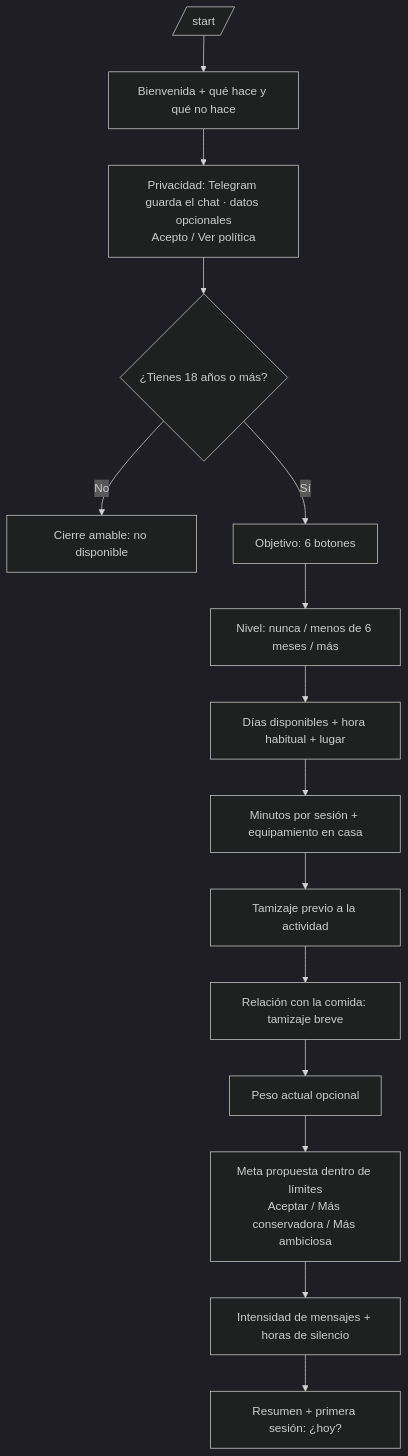
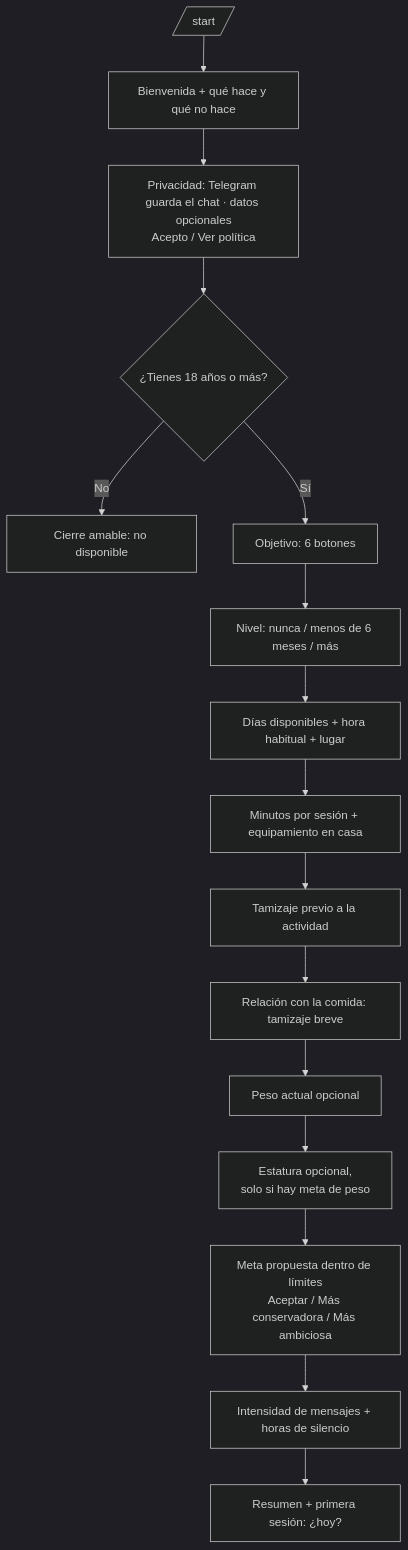
The first of 4 diagrams in vault/wiki/experiencia/flujos-de-usuario.md (juan-davidvp/WhatsAppGymBro), drawn with Mermaid (dark theme) before and after one commit. The commit also changed other lines of this file and 39 other files, not shown here.

````diff
--- a/vault/wiki/experiencia/flujos-de-usuario.md
+++ b/vault/wiki/experiencia/flujos-de-usuario.md
@@ -43,17 +43,18 @@
 ```mermaid
 flowchart TD
     A[/start/] --> B[Bienvenida + qué hace y qué no hace]
     B --> C[Privacidad: Telegram guarda el chat · datos opcionales<br/>Acepto / Ver política]
     C --> D{¿Tienes 18 años o más?}
     D -->|No| X[Cierre amable: no disponible]
     D -->|Sí| E[Objetivo: 6 botones]
     E --> F[Nivel: nunca / menos de 6 meses / más]
     F --> G[Días disponibles + hora habitual + lugar]
     G --> H[Minutos por sesión + equipamiento en casa]
     H --> I[Tamizaje previo a la actividad]
     I --> J[Relación con la comida: tamizaje breve]
     J --> K[Peso actual opcional]
-    K --> L[Meta propuesta dentro de límites<br/>Aceptar / Más conservadora / Más ambiciosa]
+    K --> K2[Estatura opcional,<br/>solo si hay meta de peso]
+    K2 --> L[Meta propuesta dentro de límites<br/>Aceptar / Más conservadora / Más ambiciosa]
     L --> M[Intensidad de mensajes + horas de silencio]
     M --> N[Resumen + primera sesión: ¿hoy?]
 ```
````
